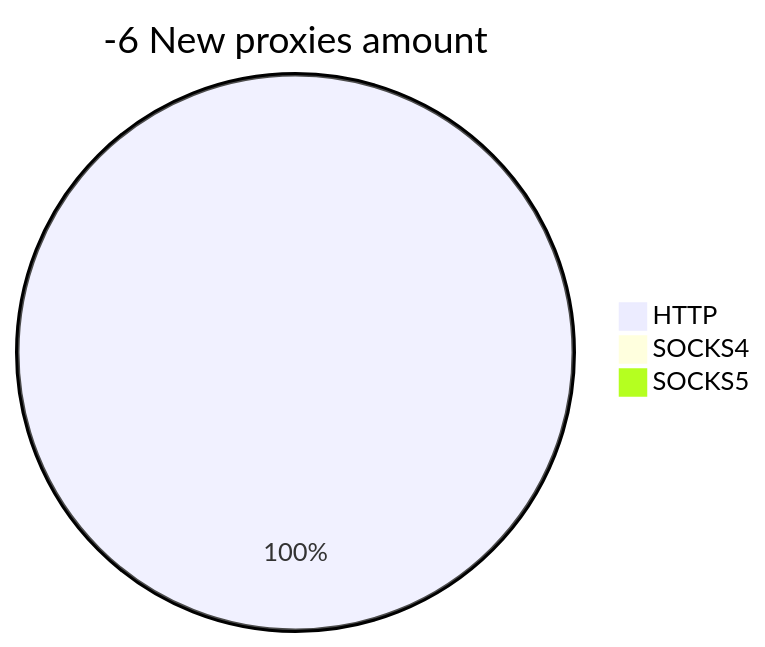
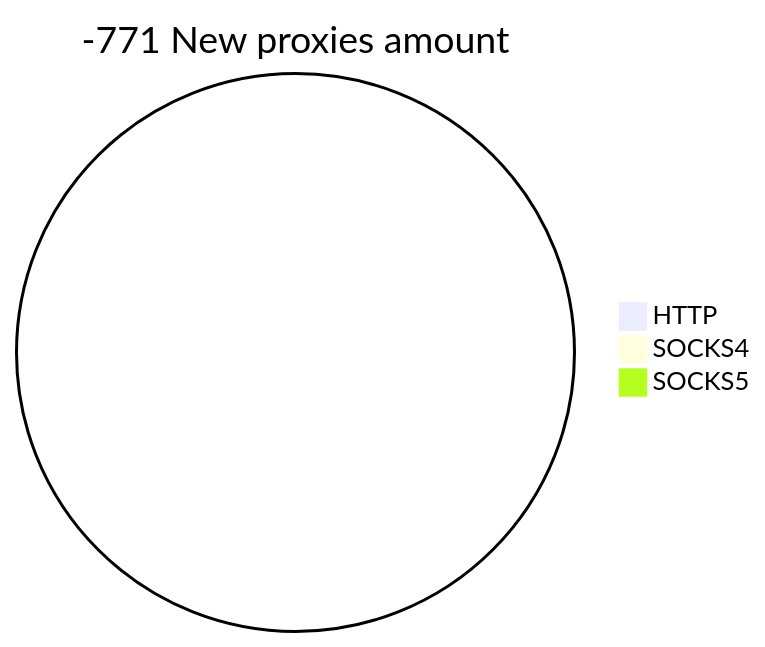
One commit to cutipu/proxylist changed the second of 2 diagrams in README.md. Above: the diagram before and after it, drawn with Mermaid. The commit also changed other lines of this file, not shown here.

````diff
--- a/README.md
+++ b/README.md
@@ -10,6 +10,6 @@
 ```mermaid
-pie title -6 New proxies amount
-    "HTTP" : 1
+pie title -771 New proxies amount
+    "HTTP" : 0
     "SOCKS4" : 0
     "SOCKS5" : 0
 ```
````
